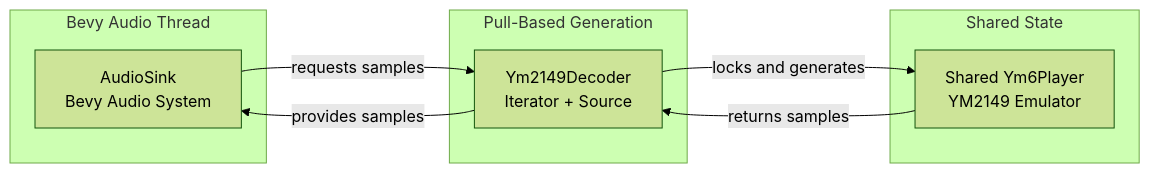
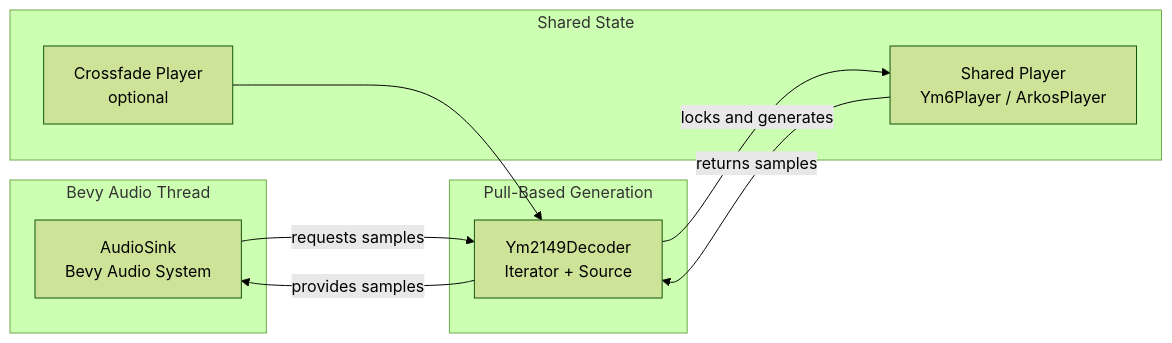
Before and after one commit to slippyex/ym2149-rs: the fourth of 4 diagrams in ARCHITECTURE.md, drawn with Mermaid (forest theme). The commit also changed other lines of this file and 9 other files, not shown here.

````diff
--- a/ARCHITECTURE.md
+++ b/ARCHITECTURE.md
@@ -681,19 +688,21 @@
 ```mermaid
 graph LR
     subgraph "Bevy Audio Thread"
         SINK["AudioSink<br/>Bevy Audio System"]
     end
 
     subgraph "Pull-Based Generation"
         DEC["Ym2149Decoder<br/>Iterator + Source"]
     end
 
     subgraph "Shared State"
-        PLAYER["Shared Ym6Player<br/>YM2149 Emulator"]
+        PLAYER["Shared Player<br/>Ym6Player / ArkosPlayer"]
+        CF["Crossfade Player<br/>optional"]
     end
 
     SINK -->|requests samples| DEC
     DEC -->|locks and generates| PLAYER
+    CF --> DEC
     PLAYER -->|returns samples| DEC
     DEC -->|provides samples| SINK
 ```
````
